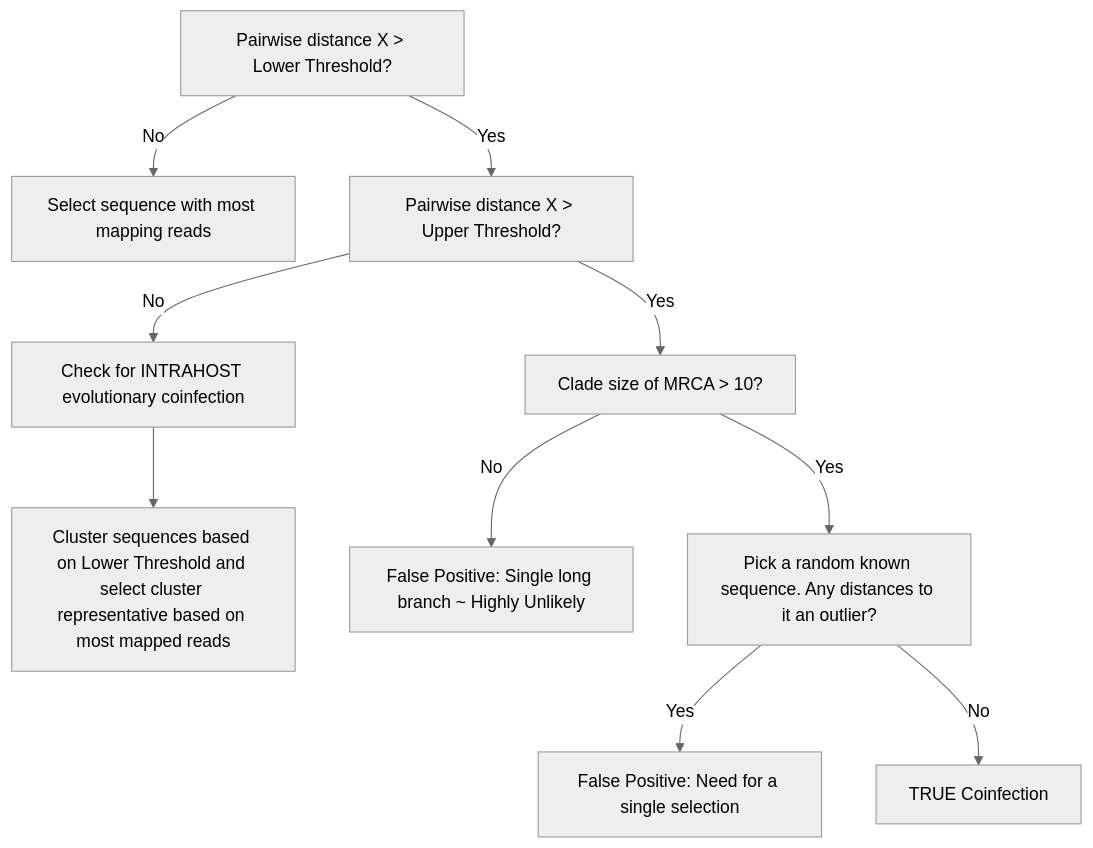
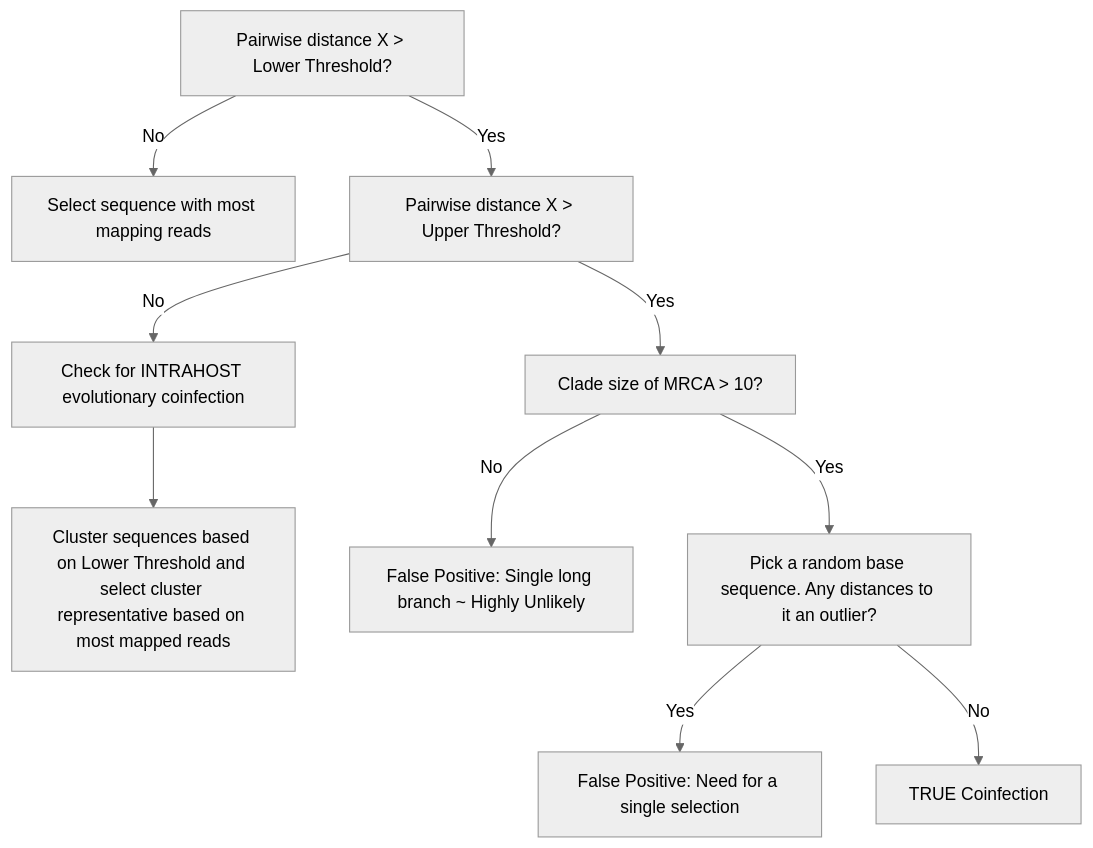
The diagram in README.md (Joon-Klaps/lasvdedup), drawn with Mermaid (neutral theme) before and after one commit. The commit also changed 9 other files, not shown here.

````diff
--- a/README.md
+++ b/README.md
@@ -13,15 +13,15 @@
 ```mermaid
 graph TD;
     A[Pairwise distance X > Lower Threshold?] -->|No| B[Select sequence with most mapping reads]
     A -->|Yes| C[Pairwise distance X > Upper Threshold?]
 
     C -->|No| D[Check for INTRAHOST evolutionary coinfection]
     D --> J[Cluster sequences based on Lower Threshold and select cluster representative based on most mapped reads]
     C -->|Yes| E[Clade size of MRCA > 10?]
 
     E -->|No| F[False Positive: Single long branch ~ Highly Unlikely]
-    E -->|Yes| G[Pick a random known sequence. Any distances to it an outlier?]
+    E -->|Yes| G[Pick a random base sequence. Any distances to it an outlier?]
 
     G -->|Yes| H[False Positive: Need for a single selection]
     G -->|No| I[TRUE Coinfection]
 ```
````
